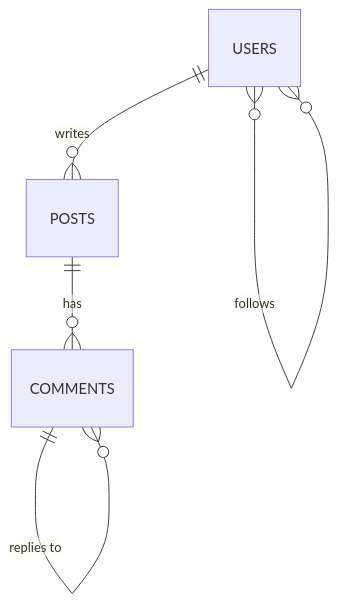
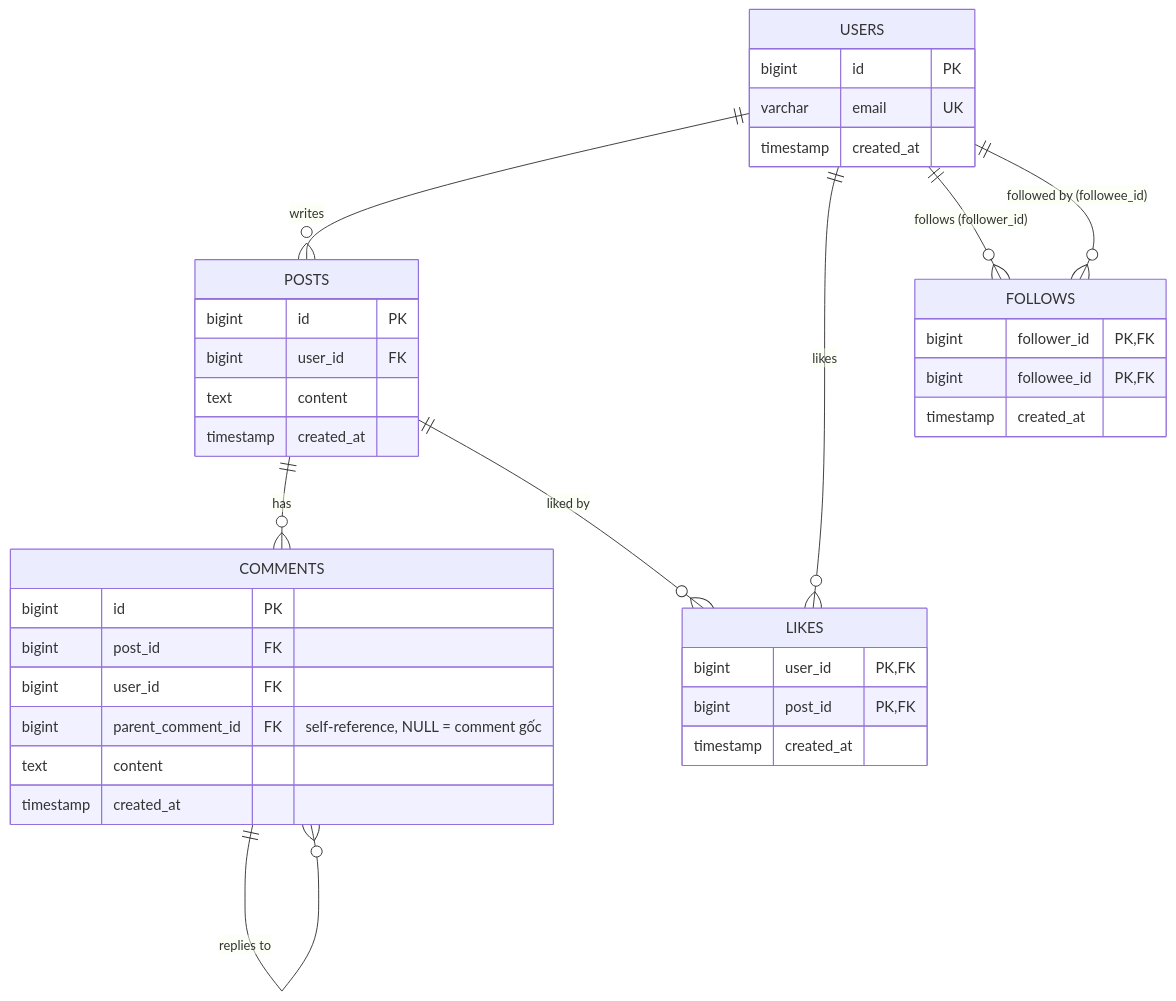
One commit to JeDTr/learning changed the diagram in backend/database/rdbms/use-cases/04-social-network/README.md. Above: the diagram before and after it, drawn with Mermaid. The commit also changed 19 other files, not shown here.

First line of the commit message:
Flesh out RDBMS use-case examples: full schema + detailed ERDs

````diff
--- a/backend/database/rdbms/use-cases/04-social-network/README.md
+++ b/backend/database/rdbms/use-cases/04-social-network/README.md
@@ -5,7 +5,40 @@
 ```mermaid
 erDiagram
     USERS ||--o{ POSTS : writes
     POSTS ||--o{ COMMENTS : has
     COMMENTS ||--o{ COMMENTS : "replies to"
-    USERS }o--o{ USERS : follows
+    USERS ||--o{ LIKES : likes
+    POSTS ||--o{ LIKES : "liked by"
+    USERS ||--o{ FOLLOWS : "follows (follower_id)"
+    USERS ||--o{ FOLLOWS : "followed by (followee_id)"
+
+    USERS {
+        bigint id PK
+        varchar email UK
+        timestamp created_at
+    }
+    POSTS {
+        bigint id PK
+        bigint user_id FK
+        text content
+        timestamp created_at
+    }
+    COMMENTS {
+        bigint id PK
+        bigint post_id FK
+        bigint user_id FK
+        bigint parent_comment_id FK "self-reference, NULL = comment gốc"
+        text content
+        timestamp created_at
+    }
+    LIKES {
+        bigint user_id PK, FK
+        bigint post_id PK, FK
+        timestamp created_at
+    }
+    FOLLOWS {
+        bigint follower_id PK, FK
+        bigint followee_id PK, FK
+        timestamp created_at
+    }
 ```
````
